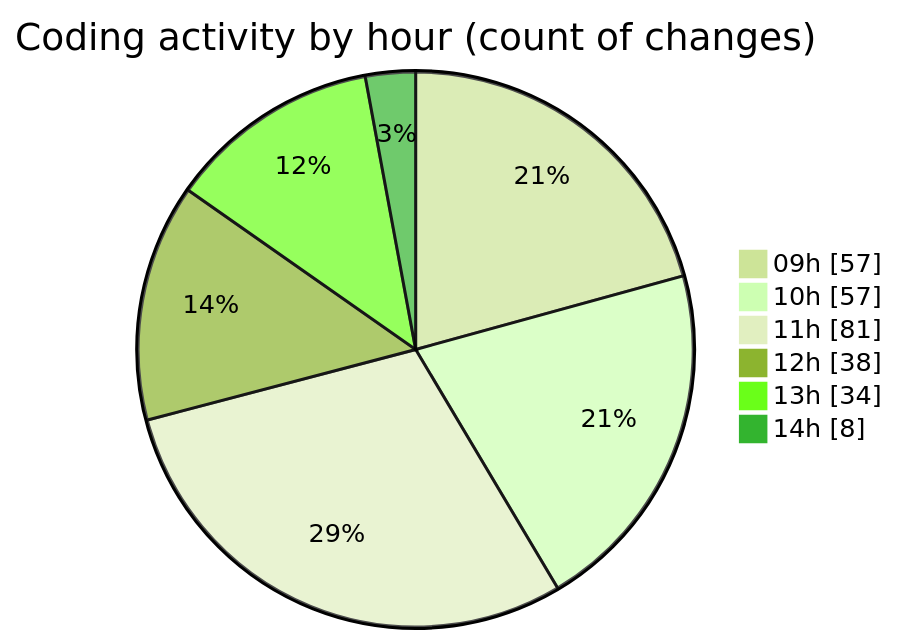
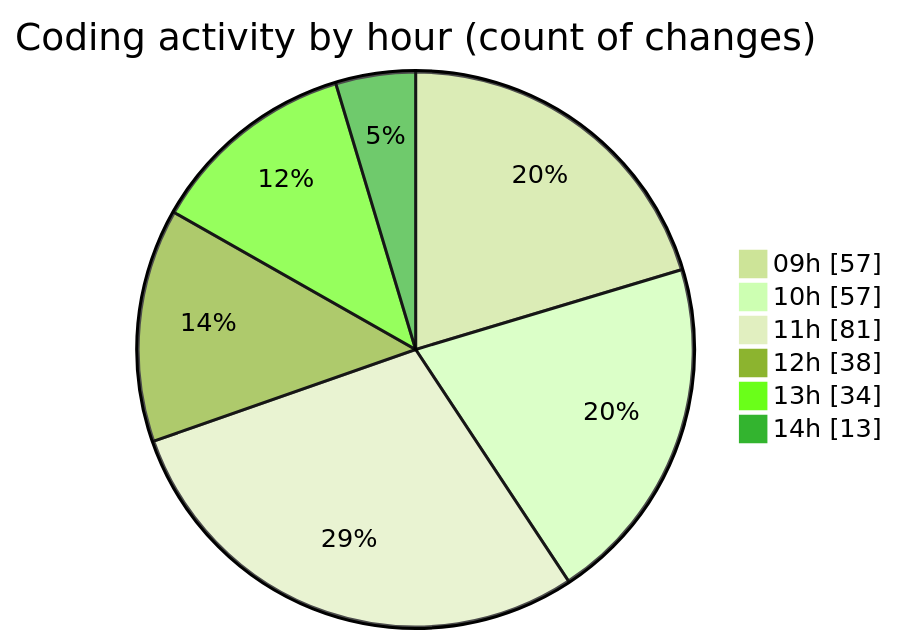
The second of 2 diagrams in 2025-09-19/cda/README.md (momahboobian/code-tracking), drawn with Mermaid (forest theme) before and after one commit. The commit also changed other lines of this file and 1 other file, not shown here.

````diff
--- a/2025-09-19/cda/README.md
+++ b/2025-09-19/cda/README.md
@@ -35,10 +35,10 @@
 ```mermaid
 pie showData
 title Coding activity by hour (count of changes)
 "09h" : 57
 "10h" : 57
 "11h" : 81
 "12h" : 38
 "13h" : 34
-"14h" : 8
+"14h" : 13
 ```
````
